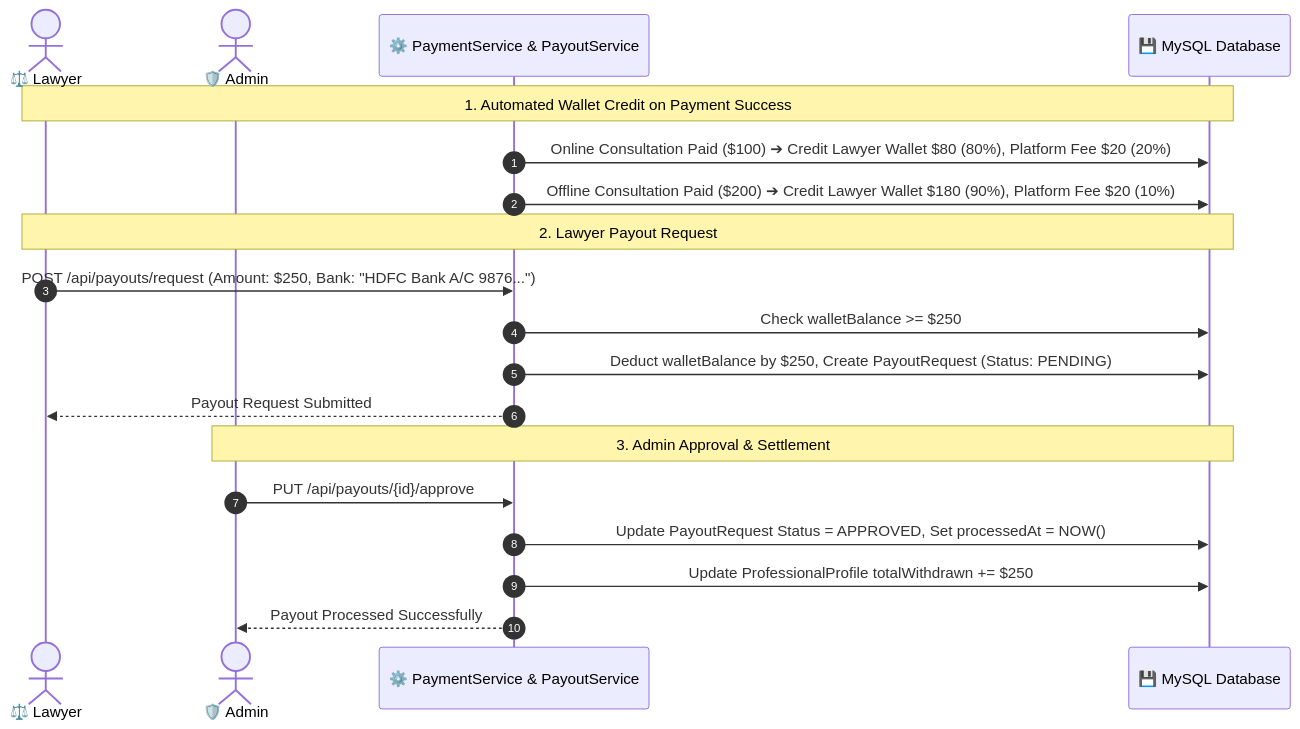
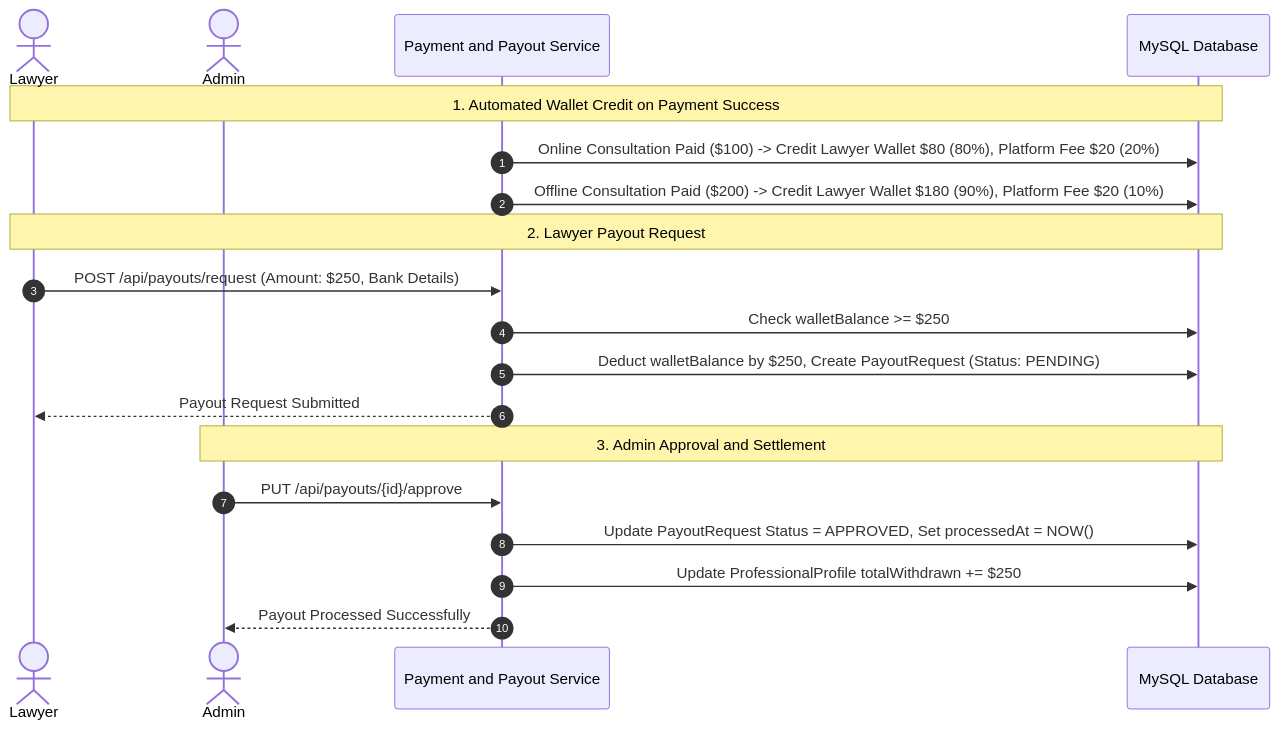
Before and after one commit to Shashanklko/Lawino-Meet: the fifth of 6 diagrams in docs/WORKFLOWS.md, drawn with Mermaid. The commit also changed other lines of this file and 1 other file, not shown here.

Commit message:
fix: Update Mermaid syntax in ARCHITECTURE.md and WORKFLOWS.md for clean GitHub diagram rendering

````diff
--- a/docs/WORKFLOWS.md
+++ b/docs/WORKFLOWS.md
@@ -147,24 +147,24 @@
 ```mermaid
 sequenceDiagram
     autonumber
-    actor Lawyer as ⚖️ Lawyer
-    actor Admin as 🛡️ Admin
-    participant PaySvc as ⚙️ PaymentService & PayoutService
-    participant DB as 💾 MySQL Database
+    actor Lawyer as Lawyer
+    actor Admin as Admin
+    participant PaySvc as Payment and Payout Service
+    participant DB as MySQL Database
 
     note over Lawyer, DB: 1. Automated Wallet Credit on Payment Success
-    PaySvc->>DB: Online Consultation Paid ($100) ➔ Credit Lawyer Wallet $80 (80%), Platform Fee $20 (20%)
-    PaySvc->>DB: Offline Consultation Paid ($200) ➔ Credit Lawyer Wallet $180 (90%), Platform Fee $20 (10%)
+    PaySvc->>DB: Online Consultation Paid ($100) -> Credit Lawyer Wallet $80 (80%), Platform Fee $20 (20%)
+    PaySvc->>DB: Offline Consultation Paid ($200) -> Credit Lawyer Wallet $180 (90%), Platform Fee $20 (10%)
     
     note over Lawyer, DB: 2. Lawyer Payout Request
-    Lawyer->>PaySvc: POST /api/payouts/request (Amount: $250, Bank: "HDFC Bank A/C 9876...")
+    Lawyer->>PaySvc: POST /api/payouts/request (Amount: $250, Bank Details)
     PaySvc->>DB: Check walletBalance >= $250
     PaySvc->>DB: Deduct walletBalance by $250, Create PayoutRequest (Status: PENDING)
     PaySvc-->>Lawyer: Payout Request Submitted
 
-    note over Admin, DB: 3. Admin Approval & Settlement
+    note over Admin, DB: 3. Admin Approval and Settlement
     Admin->>PaySvc: PUT /api/payouts/{id}/approve
     PaySvc->>DB: Update PayoutRequest Status = APPROVED, Set processedAt = NOW()
     PaySvc->>DB: Update ProfessionalProfile totalWithdrawn += $250
     PaySvc-->>Admin: Payout Processed Successfully
 ```
````
